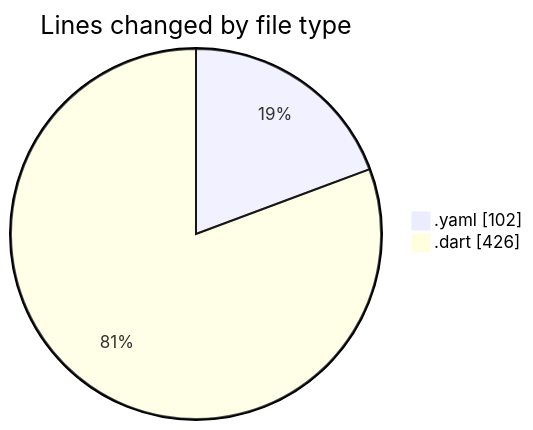
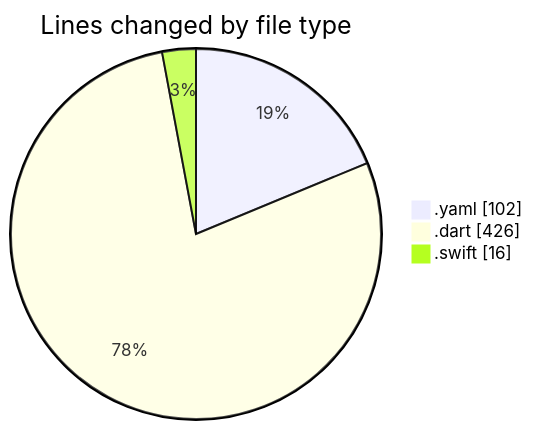
The first of 2 diagrams in 2025-02-04/maps_clone/README.md (donsfak/code-tracking), drawn with Mermaid before and after one commit. The commit also changed other lines of this file and 1 other file, not shown here.

````diff
--- a/2025-02-04/maps_clone/README.md
+++ b/2025-02-04/maps_clone/README.md
@@ -22,6 +23,7 @@
 ```mermaid
 pie showData
 title Lines changed by file type
 ".yaml" : 102
 ".dart" : 426
+".swift" : 16
 ```
````
